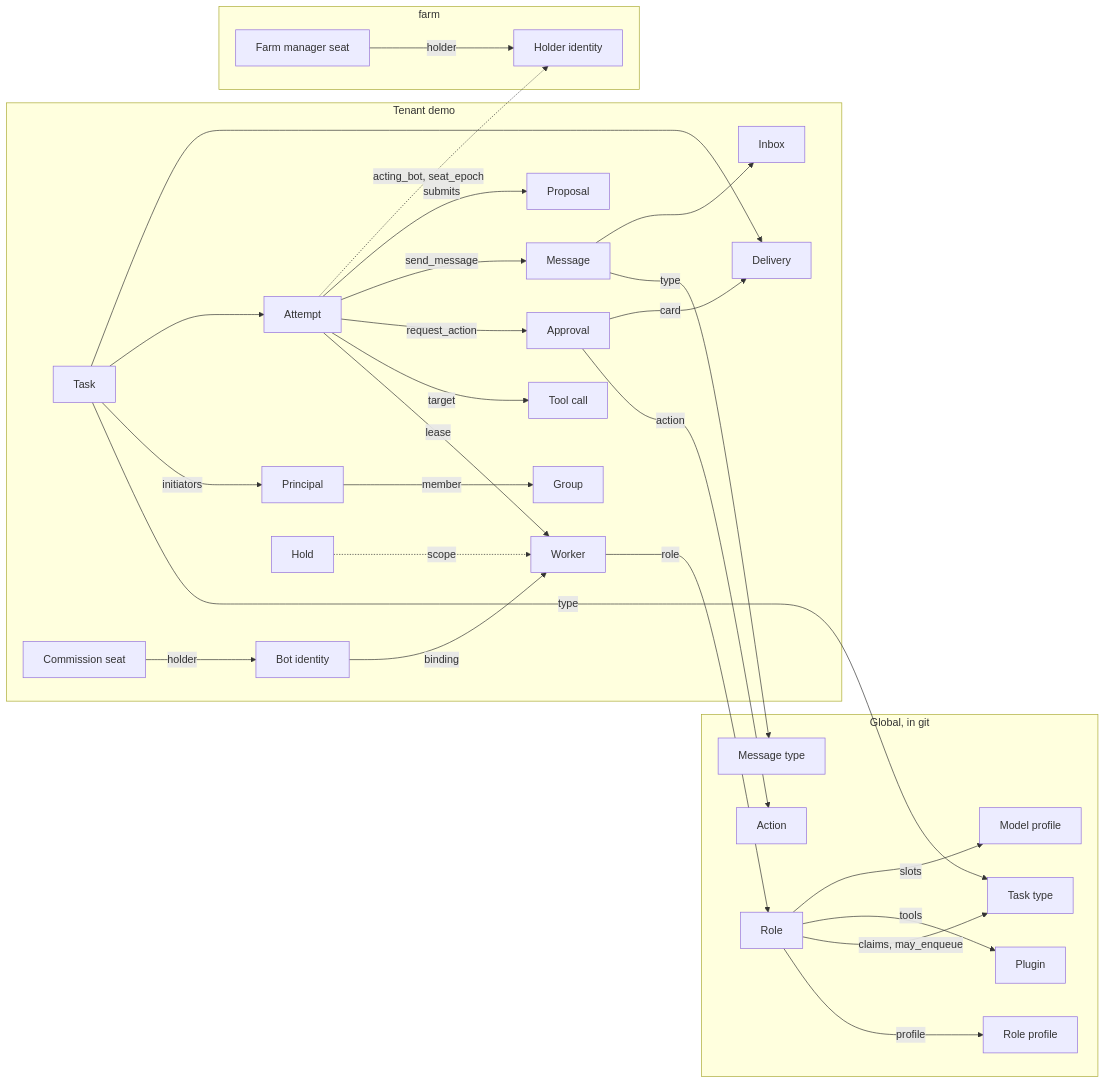
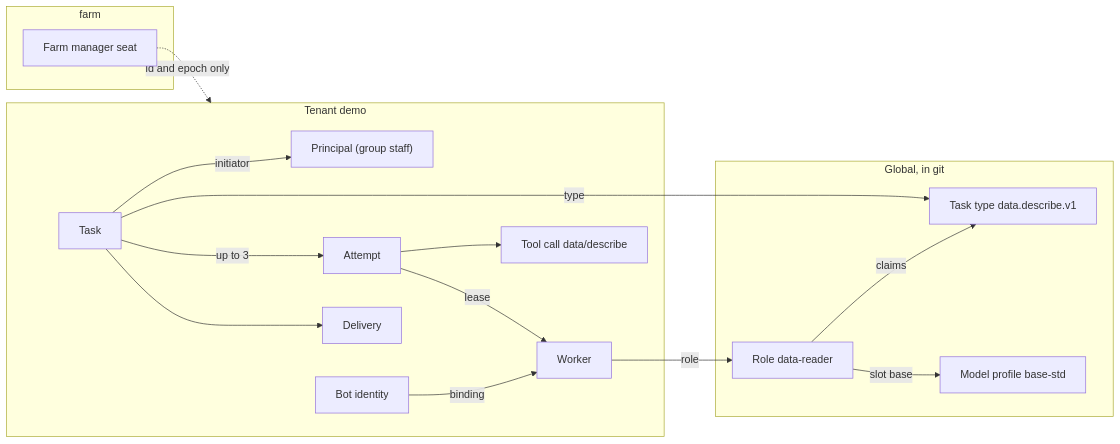
The diagram in docs/model/relations.md (HunterEwok/botaru), drawn with Mermaid before and after one commit. The commit also changed other lines of this file and 2 other files, not shown here.

````diff
--- a/docs/model/relations.md
+++ b/docs/model/relations.md
@@ -67,56 +140,31 @@
 ```mermaid
 flowchart LR
   subgraph G["Global, in git"]
-    ROLE["Role"]
-    PRF["Role profile"]
-    TT["Task type"]
-    TP["Plugin"]
-    ACN["Action"]
-    MT["Message type"]
-    MP["Model profile"]
+    ROLE["Role data-reader"]
+    TT["Task type data.describe.v1"]
+    MP["Model profile base-std"]
   end
   subgraph T["Tenant demo"]
-    PER["Principal"]
-    GRP["Group"]
+    PER["Principal (group staff)"]
     WRK["Worker"]
     BOT["Bot identity"]
     TSK["Task"]
     AT["Attempt"]
-    TC["Tool call"]
-    AP["Approval"]
+    TC["Tool call data/describe"]
     DL["Delivery"]
-    MSG["Message"]
-    INB["Inbox"]
-    PRP["Proposal"]
-    SEAT["Commission seat"]
-    HLD["Hold"]
   end
   subgraph F["farm"]
     MSEAT["Farm manager seat"]
-    MBOT["Holder identity"]
   end
-  ROLE -->|"profile"| PRF
-  ROLE -->|"claims, may_enqueue"| TT
-  ROLE -->|"tools"| TP
-  ROLE -->|"slots"| MP
-  PER -->|"member"| GRP
+  ROLE -->|"claims"| TT
+  ROLE -->|"slot base"| MP
   WRK -->|"role"| ROLE
   BOT -->|"binding"| WRK
   TSK -->|"type"| TT
-  TSK -->|"initiators"| PER
-  TSK --> AT
+  TSK -->|"initiator"| PER
+  TSK -->|"up to 3"| AT
   AT -->|"lease"| WRK
-  AT -->|"target"| TC
-  AT -->|"request_action"| AP
-  AP -->|"action"| ACN
+  AT --> TC
   TSK --> DL
-  AP -->|"card"| DL
-  AT -->|"send_message"| MSG
-  MSG -->|"type"| MT
-  MSG --> INB
-  AT -->|"submits"| PRP
-  SEAT -->|"holder"| BOT
-  MSEAT -->|"holder"| MBOT
-  AT -.->|"acting_bot, seat_epoch"| MBOT
-  HLD -.->|"scope"| WRK
+  MSEAT -.->|"id and epoch only"| T
 ```
````
